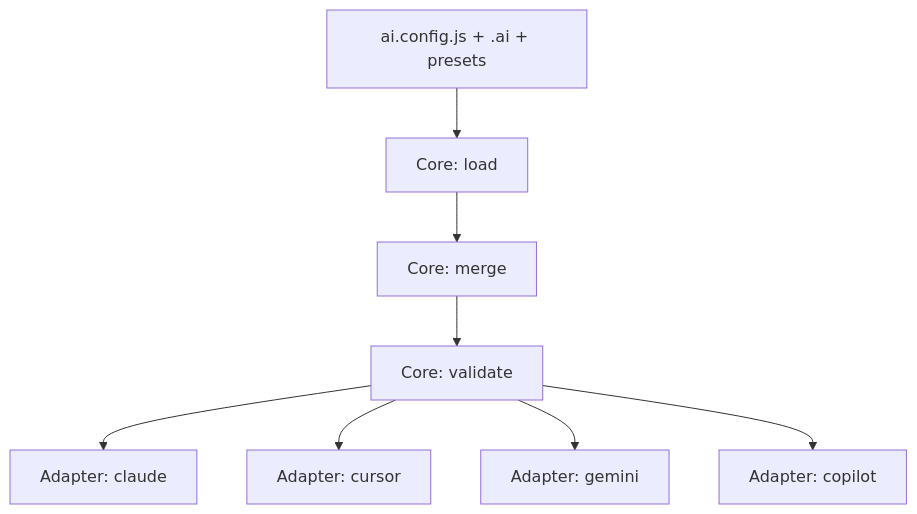
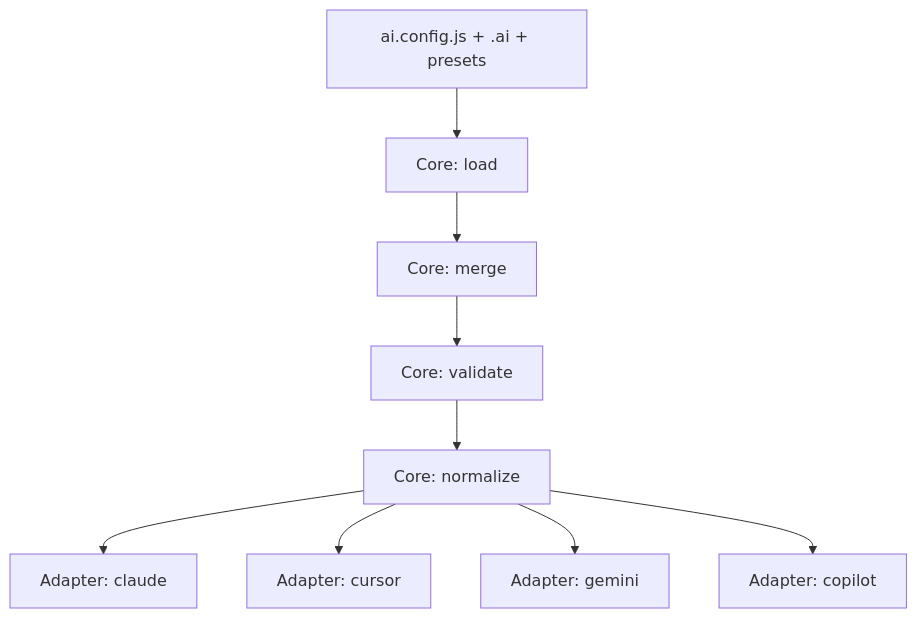
One commit to zenHeart/ai-jue changed the diagram in packages/docs/guide/architecture.md. Above: the diagram before and after it, drawn with Mermaid. The commit also changed other lines of this file and 17 other files, not shown here.

````diff
--- a/packages/docs/guide/architecture.md
+++ b/packages/docs/guide/architecture.md
@@ -10,10 +16,11 @@
 ```mermaid
 graph TD
     A[ai.config.js + .ai + presets] --> B[Core: load]
     B --> C[Core: merge]
     C --> D[Core: validate]
-    D --> E[Adapter: claude]
-    D --> F[Adapter: cursor]
-    D --> G[Adapter: gemini]
-    D --> H[Adapter: copilot]
+    D --> E[Core: normalize]
+    E --> F[Adapter: claude]
+    E --> G[Adapter: cursor]
+    E --> H[Adapter: gemini]
+    E --> I[Adapter: copilot]
 ```
````
